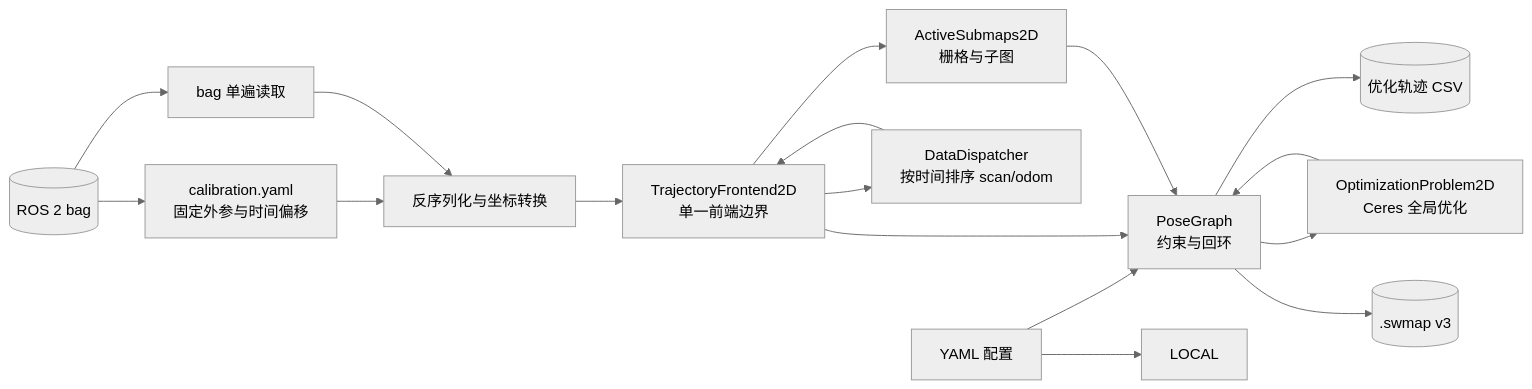
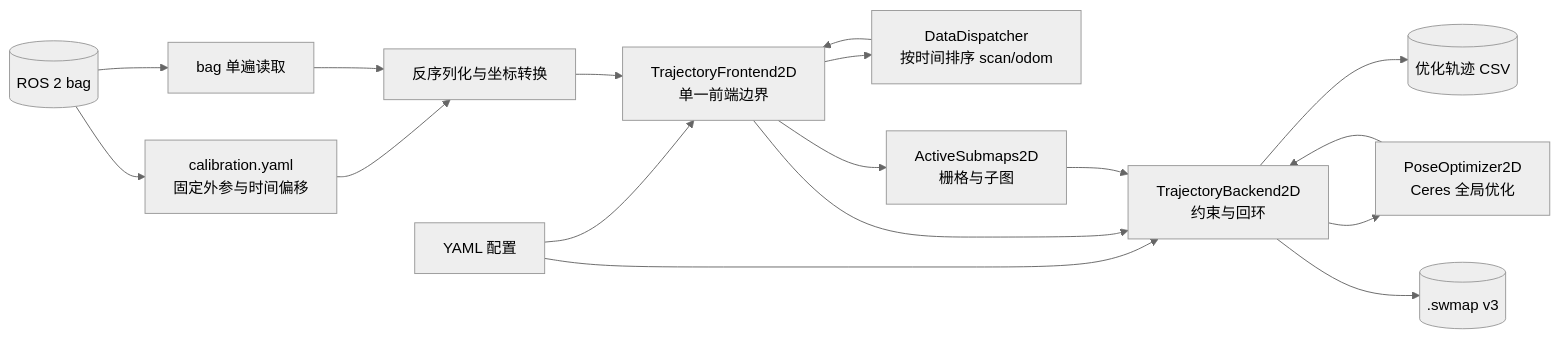
Before and after one commit to liujiacheng1009/cartographer: the diagram in doc/BAG_PIPELINE_ARCHITECTURE.md, drawn with Mermaid (neutral theme). The commit also changed other lines of this file and 16 other files, not shown here.

Commit message:
refactor: expose a single 2d trajectory backend

````diff
--- a/doc/BAG_PIPELINE_ARCHITECTURE.md
+++ b/doc/BAG_PIPELINE_ARCHITECTURE.md
@@ -21,32 +21,32 @@
 ```mermaid
 flowchart LR
     BAG[(ROS 2 bag)]
     CFG[YAML 配置]
     TF[calibration.yaml<br/>固定外参与时间偏移]
     READ[bag 单遍读取]
     CONVERT[反序列化与坐标转换]
     DISPATCH[DataDispatcher<br/>按时间排序 scan/odom]
     FRONTEND[TrajectoryFrontend2D<br/>单一前端边界]
     SUBMAP[ActiveSubmaps2D<br/>栅格与子图]
-    GRAPH[PoseGraph<br/>约束与回环]
-    OPT[OptimizationProblem2D<br/>Ceres 全局优化]
+    GRAPH[TrajectoryBackend2D<br/>约束与回环]
+    OPT[PoseOptimizer2D<br/>Ceres 全局优化]
     CSV[(优化轨迹 CSV)]
     SWMAP[(.swmap v3)]
 
-    CFG --> LOCAL
+    CFG --> FRONTEND
     CFG --> GRAPH
     BAG --> TF
     BAG --> READ
     TF --> CONVERT
     READ --> CONVERT
     CONVERT --> FRONTEND
     FRONTEND --> DISPATCH
     DISPATCH --> FRONTEND
     FRONTEND --> SUBMAP
     FRONTEND --> GRAPH
     SUBMAP --> GRAPH
     GRAPH --> OPT
     OPT --> GRAPH
     GRAPH --> CSV
     GRAPH --> SWMAP
 ```
````
